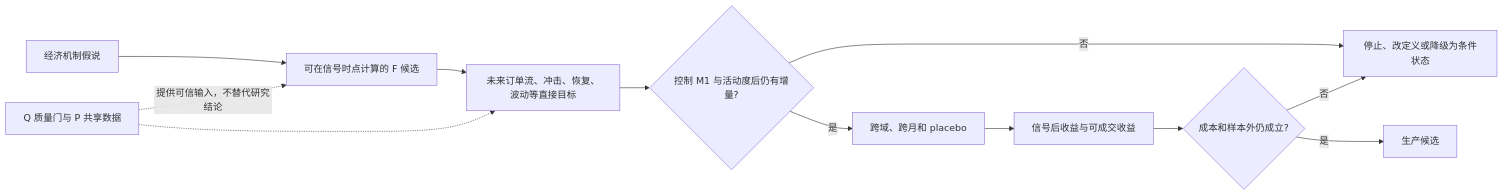
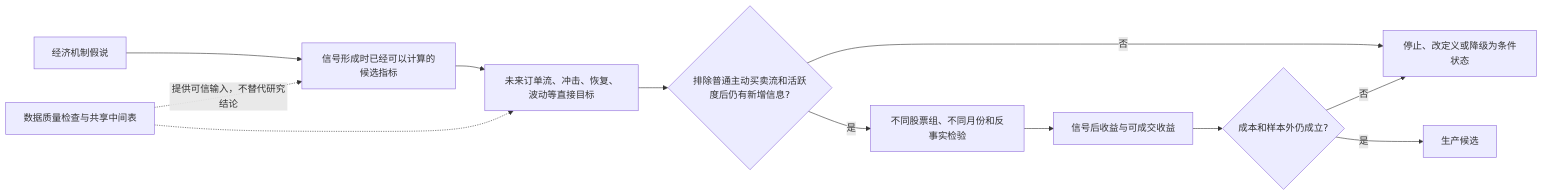
One commit to Avery-Xv/lob-research-1 changed the first of 4 diagrams in docs/RESEARCH_TOPICS_STATUS_METHODS_AND_DEPENDENCIES.md. Above: the diagram before and after it, drawn with Mermaid. The commit also changed other lines of this file, not shown here.

````diff
--- a/docs/RESEARCH_TOPICS_STATUS_METHODS_AND_DEPENDENCIES.md
+++ b/docs/RESEARCH_TOPICS_STATUS_METHODS_AND_DEPENDENCIES.md
@@ -41,14 +41,14 @@
 ```mermaid
 flowchart LR
-    H[经济机制假说] --> F[可在信号时点计算的 F 候选]
+    H[经济机制假说] --> F[信号形成时已经可以计算的候选指标]
     F --> D[未来订单流、冲击、恢复、波动等直接目标]
-    D --> I{控制 M1 与活动度后仍有增量?}
+    D --> I{排除普通主动买卖流和活跃度后仍有新增信息?}
     I -->|否| S[停止、改定义或降级为条件状态]
-    I -->|是| X[跨域、跨月和 placebo]
+    I -->|是| X[不同股票组、不同月份和反事实检验]
     X --> A[信号后收益与可成交收益]
     A --> C{成本和样本外仍成立?}
     C -->|否| S
     C -->|是| N[生产候选]
-    QP[Q 质量门与 P 共享数据] -.->|提供可信输入，不替代研究结论| F
+    QP[数据质量检查与共享中间表] -.->|提供可信输入，不替代研究结论| F
     QP -.-> D
 ```
````
